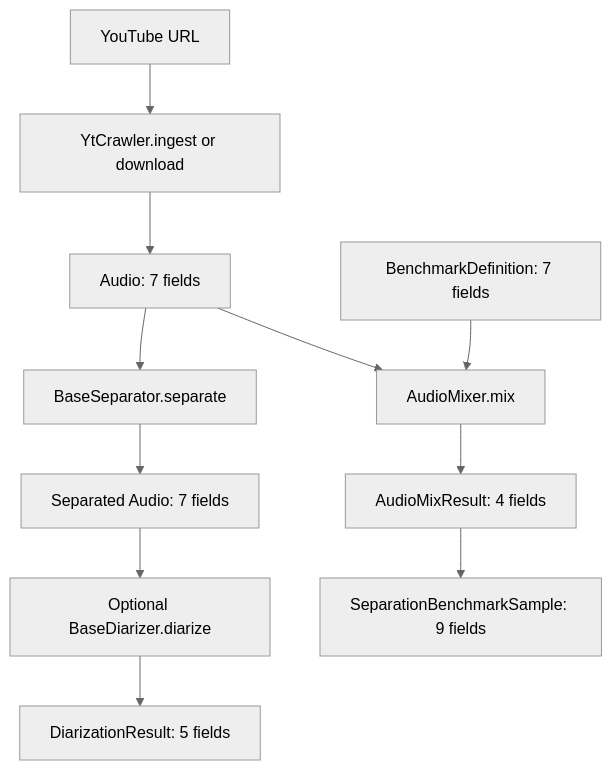
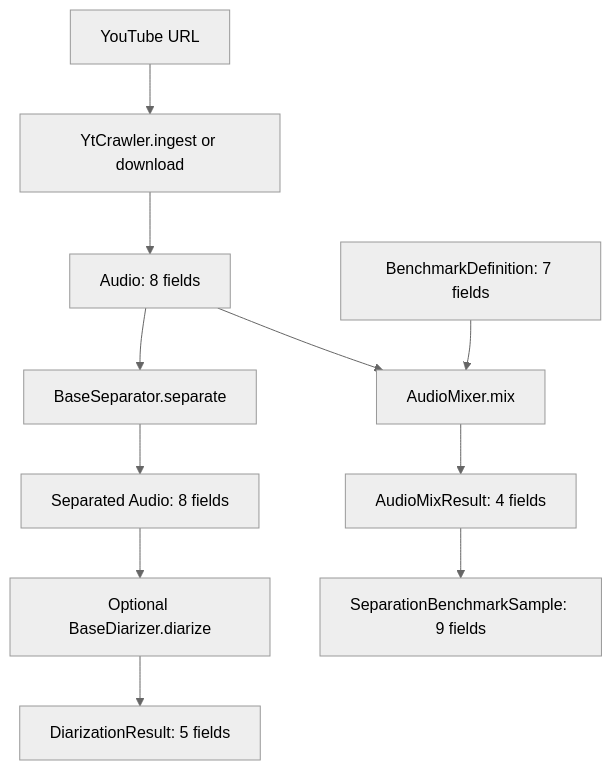
Before and after one commit to tungnguyenlam/audio-prepare-pipeline-redo: the diagram in docs/data_contract.md, drawn with Mermaid (neutral theme). The commit also changed other lines of this file and 14 other files, not shown here.

````diff
--- a/docs/data_contract.md
+++ b/docs/data_contract.md
@@ -3,14 +3,14 @@
 ```mermaid
 flowchart TD
     URL[YouTube URL] --> INGEST[YtCrawler.ingest or download]
-    INGEST --> AUDIO1[Audio: 7 fields]
+    INGEST --> AUDIO1[Audio: 8 fields]
     AUDIO1 --> SEPARATE[BaseSeparator.separate]
-    SEPARATE --> AUDIO2[Separated Audio: 7 fields]
+    SEPARATE --> AUDIO2[Separated Audio: 8 fields]
     AUDIO2 --> DIARIZE[Optional BaseDiarizer.diarize]
     DIARIZE --> DIARIZATION[DiarizationResult: 5 fields]
 
     DEFINITION[BenchmarkDefinition: 7 fields] --> MIX[AudioMixer.mix]
     AUDIO1 --> MIX
     MIX --> MIX_RESULT[AudioMixResult: 4 fields]
     MIX_RESULT --> SAMPLE[SeparationBenchmarkSample: 9 fields]
 ```
````
